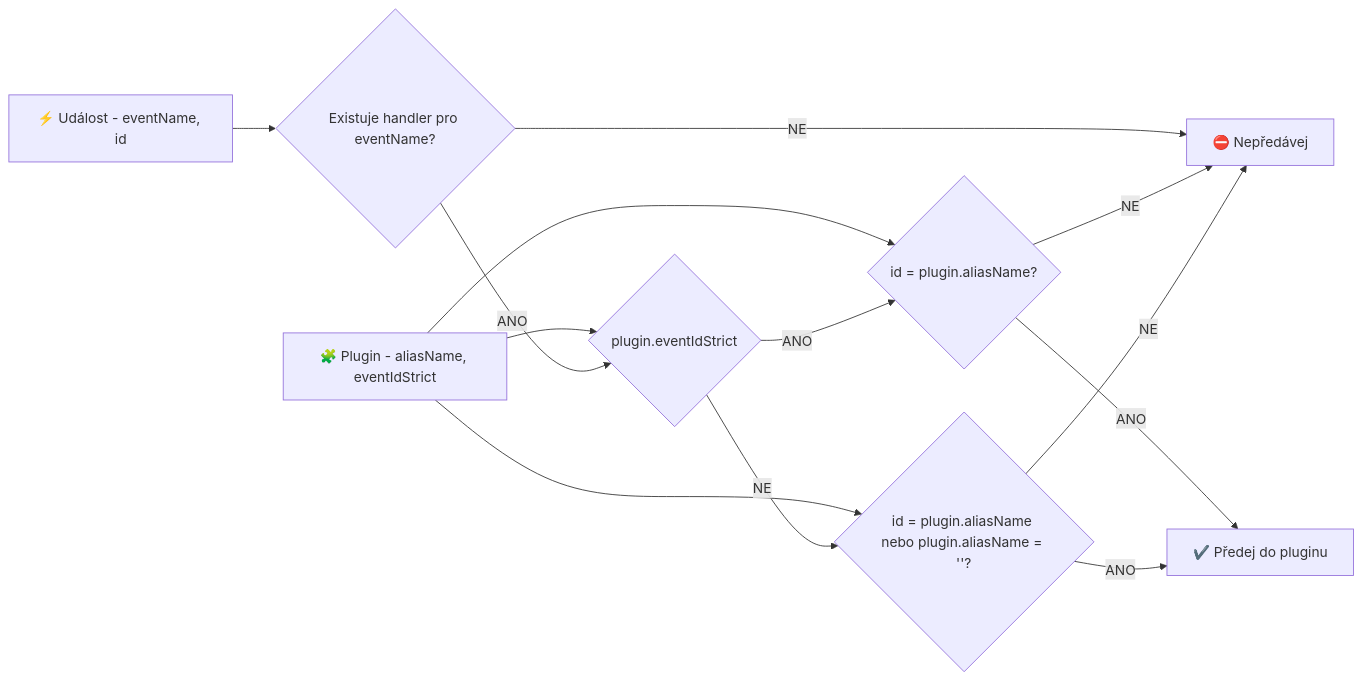
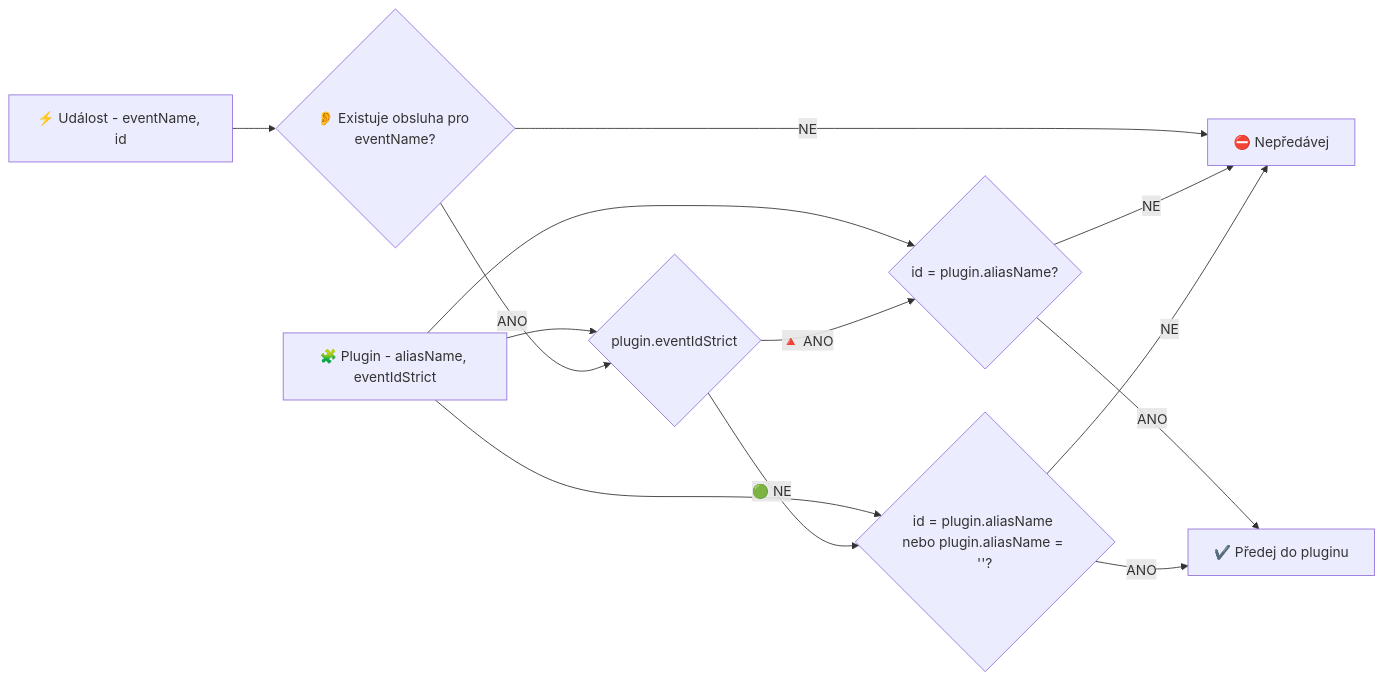
The diagram in cs/eventFilterD.md (HelpViewer/helpDevelop), drawn with Mermaid before and after one commit. The commit also changed 1 other file, not shown here.

Commit message:
CZ : eventFilter, eventFilterD : minor updates

````diff
--- a/cs/eventFilterD.md
+++ b/cs/eventFilterD.md
@@ -5,17 +5,17 @@
 ```mermaid
 flowchart LR
   Event[⚡ Událost - eventName, id] --> CheckHandler
   Plugin[🧩 Plugin - aliasName, eventIdStrict] --> CheckIdRelaxed
   Plugin --> CheckIdStrict
   Plugin --> CheckStrict
-  CheckHandler{Existuje handler pro eventName?} -->|NE| EndN
+  CheckHandler{👂 Existuje obsluha pro eventName?} -->|NE| EndN
   CheckHandler -->|ANO| CheckStrict
-  CheckStrict{plugin.eventIdStrict} -->|ANO| CheckIdStrict
-  CheckStrict -->|NE| CheckIdRelaxed
+  CheckStrict{plugin.eventIdStrict} -->|🔺 ANO| CheckIdStrict
+  CheckStrict -->|🟢 NE| CheckIdRelaxed
   CheckIdStrict{id = plugin.aliasName?} -->|ANO| EndY
   CheckIdStrict -->|NE| EndN
   CheckIdRelaxed{id = plugin.aliasName nebo plugin.aliasName = ''?} -->|ANO| EndY
   CheckIdRelaxed -->|NE| EndN
   EndY[✔️ Předej do pluginu]
   EndN[⛔ Nepředávej]
 ```
````
